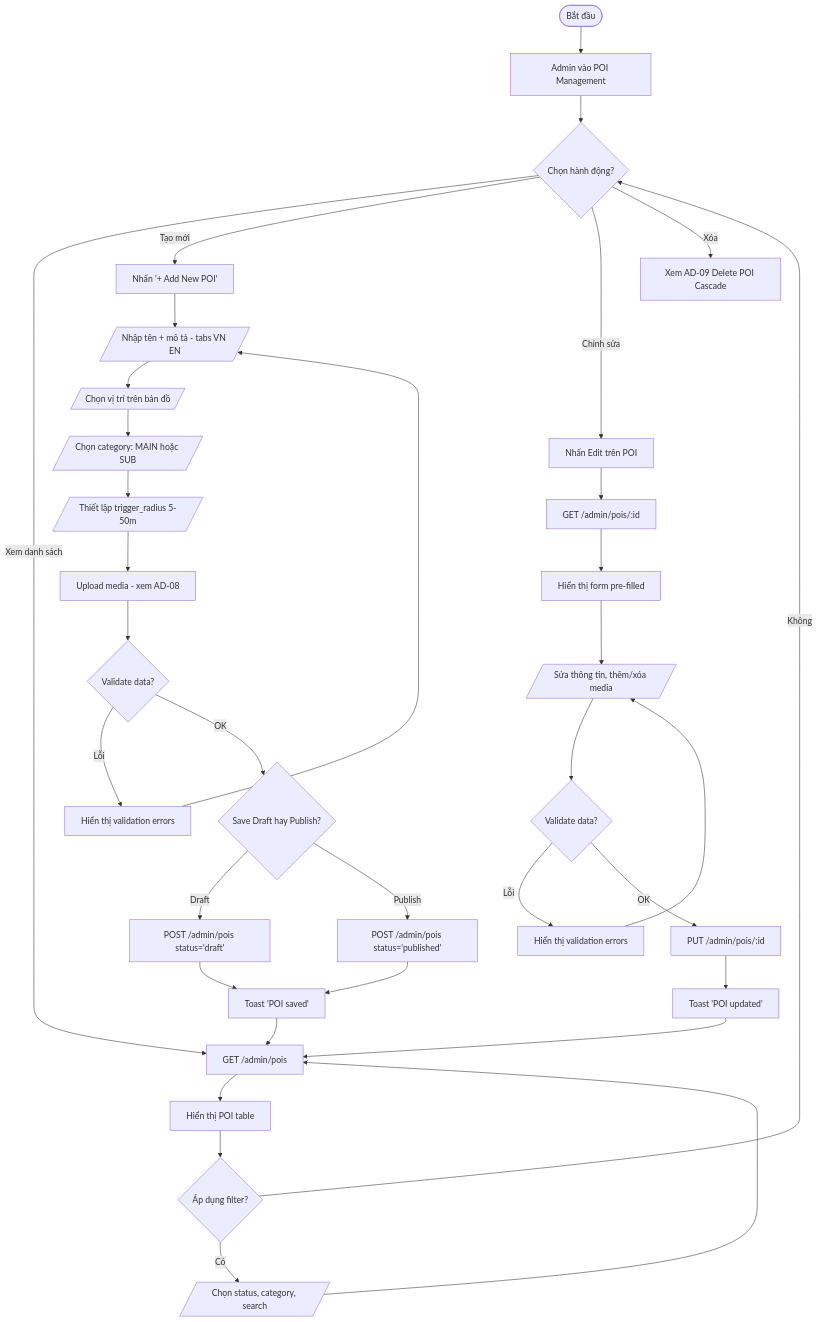
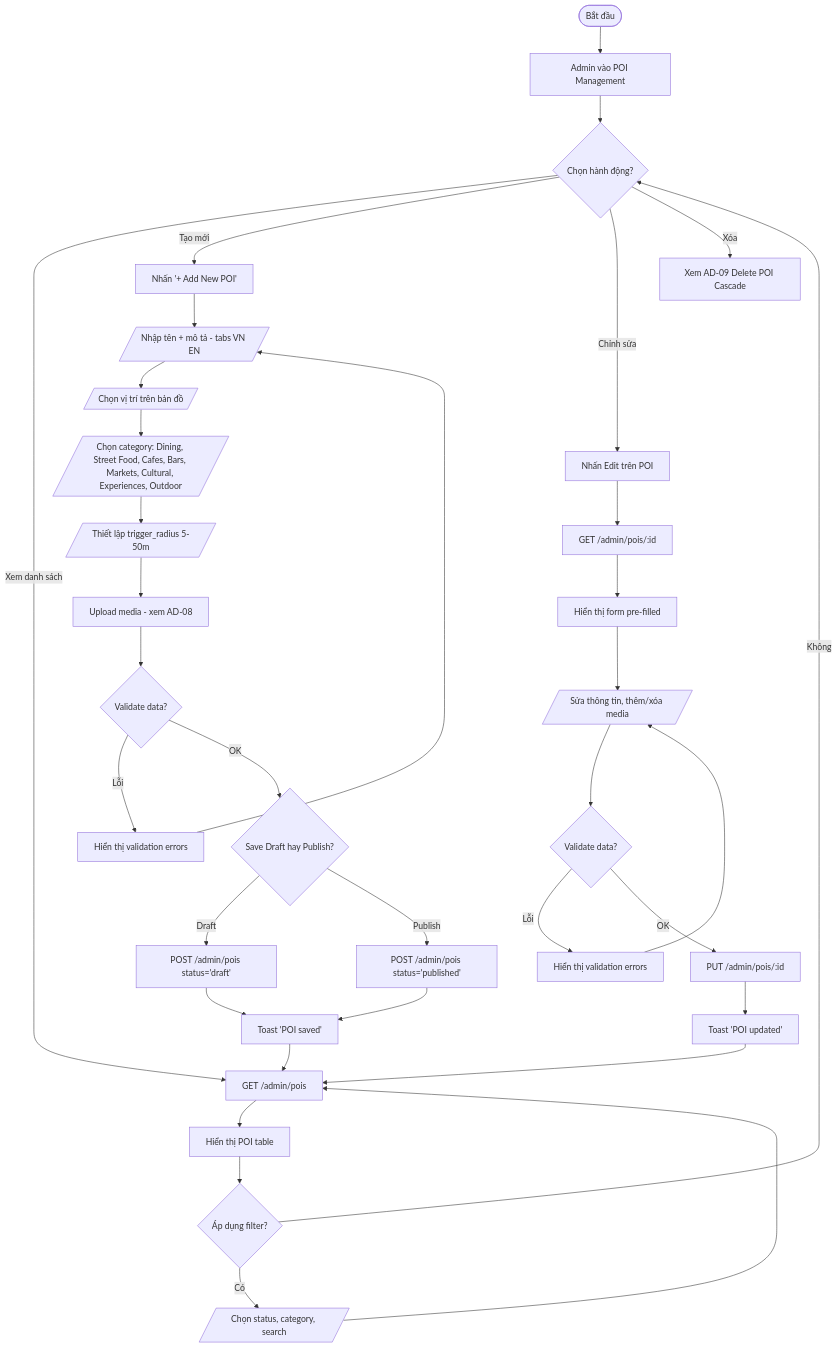
One commit to Ttuandatt/Seminar changed the second of 10 diagrams in docs/step3_prd/16_activity_diagrams.md. Above: the diagram before and after it, drawn with Mermaid. The commit also changed other lines of this file and 60 other files, not shown here.

````diff
--- a/docs/step3_prd/16_activity_diagrams.md
+++ b/docs/step3_prd/16_activity_diagrams.md
@@ -61,41 +61,41 @@
 ```mermaid
 flowchart TD
     Start([Bắt đầu]) --> A1[Admin vào POI Management]
     A1 --> A2{Chọn hành động?}
     
     A2 -->|Xem danh sách| B1[GET /admin/pois]
     B1 --> B2[Hiển thị POI table]
     B2 --> B3{Áp dụng filter?}
     B3 -->|Có| B4[/Chọn status, category, search/]
     B4 --> B1
     B3 -->|Không| A2
 
     A2 -->|Tạo mới| C1[Nhấn '+ Add New POI']
     C1 --> C2[/Nhập tên + mô tả - tabs VN EN/]
     C2 --> C3[/Chọn vị trí trên bản đồ/]
-    C3 --> C3a[/Chọn category: MAIN hoặc SUB/]
+    C3 --> C3a[/Chọn category: Dining, Street Food, Cafes, Bars, Markets, Cultural, Experiences, Outdoor/]
     C3a --> C3b[/Thiết lập trigger_radius 5-50m/]
     C3b --> C4[Upload media - xem AD-08]
     C4 --> C5{Validate data?}
     C5 -->|Lỗi| C6[Hiển thị validation errors]
     C6 --> C2
     C5 -->|OK| C7{Save Draft hay Publish?}
     C7 -->|Draft| C8[POST /admin/pois status='draft']
     C7 -->|Publish| C9[POST /admin/pois status='published']
     C8 --> C10[Toast 'POI saved']
     C9 --> C10
     C10 --> B1
 
     A2 -->|Chỉnh sửa| D1[Nhấn Edit trên POI]
     D1 --> D2[GET /admin/pois/:id]
     D2 --> D2a[Hiển thị form pre-filled]
     D2a --> D3[/Sửa thông tin, thêm/xóa media/]
     D3 --> D3a{Validate data?}
     D3a -->|Lỗi| D3b[Hiển thị validation errors]
     D3b --> D3
     D3a -->|OK| D4[PUT /admin/pois/:id]
     D4 --> D5[Toast 'POI updated']
     D5 --> B1
 
     A2 -->|Xóa| E1[Xem AD-09 Delete POI Cascade]
 ```
````
